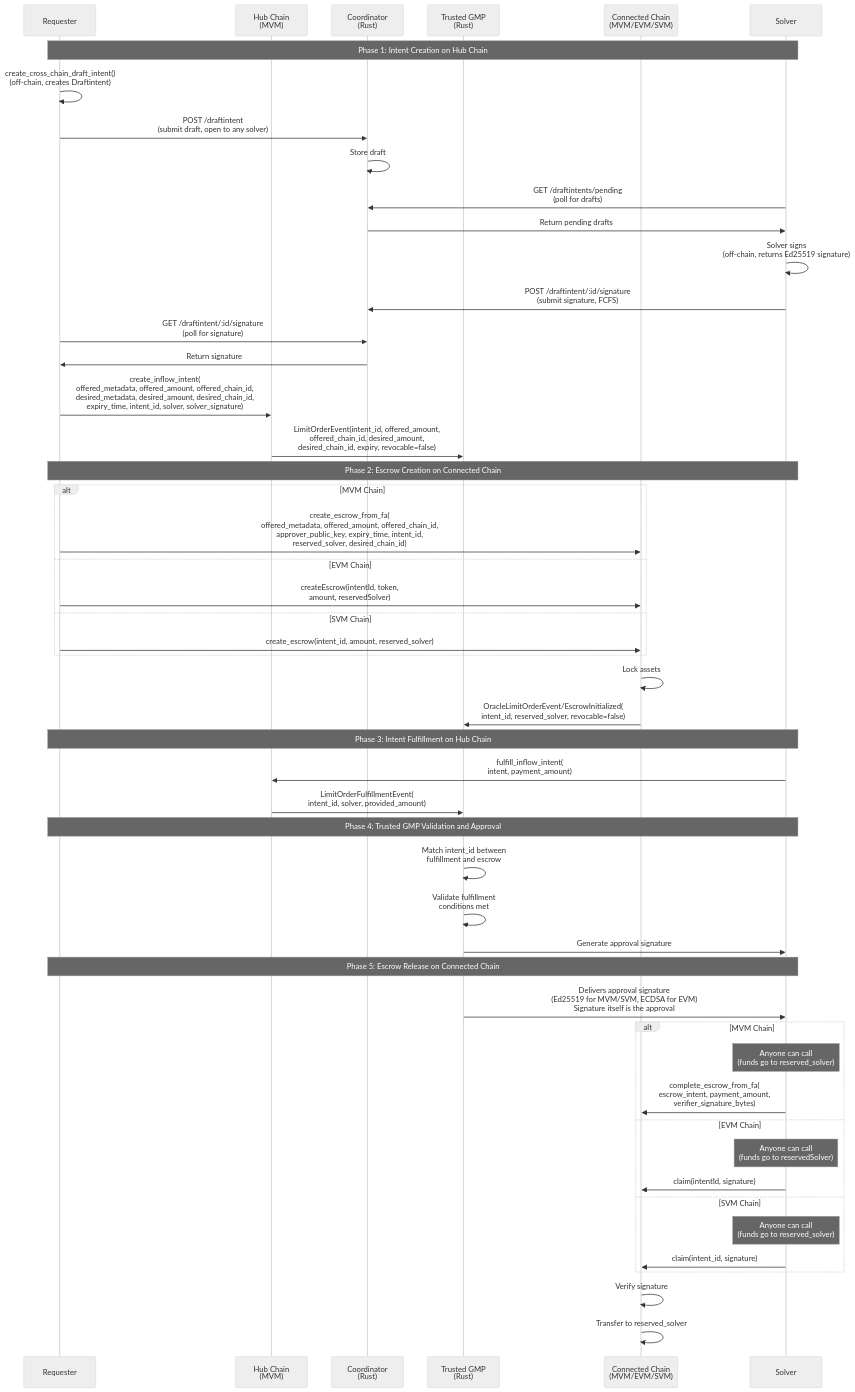
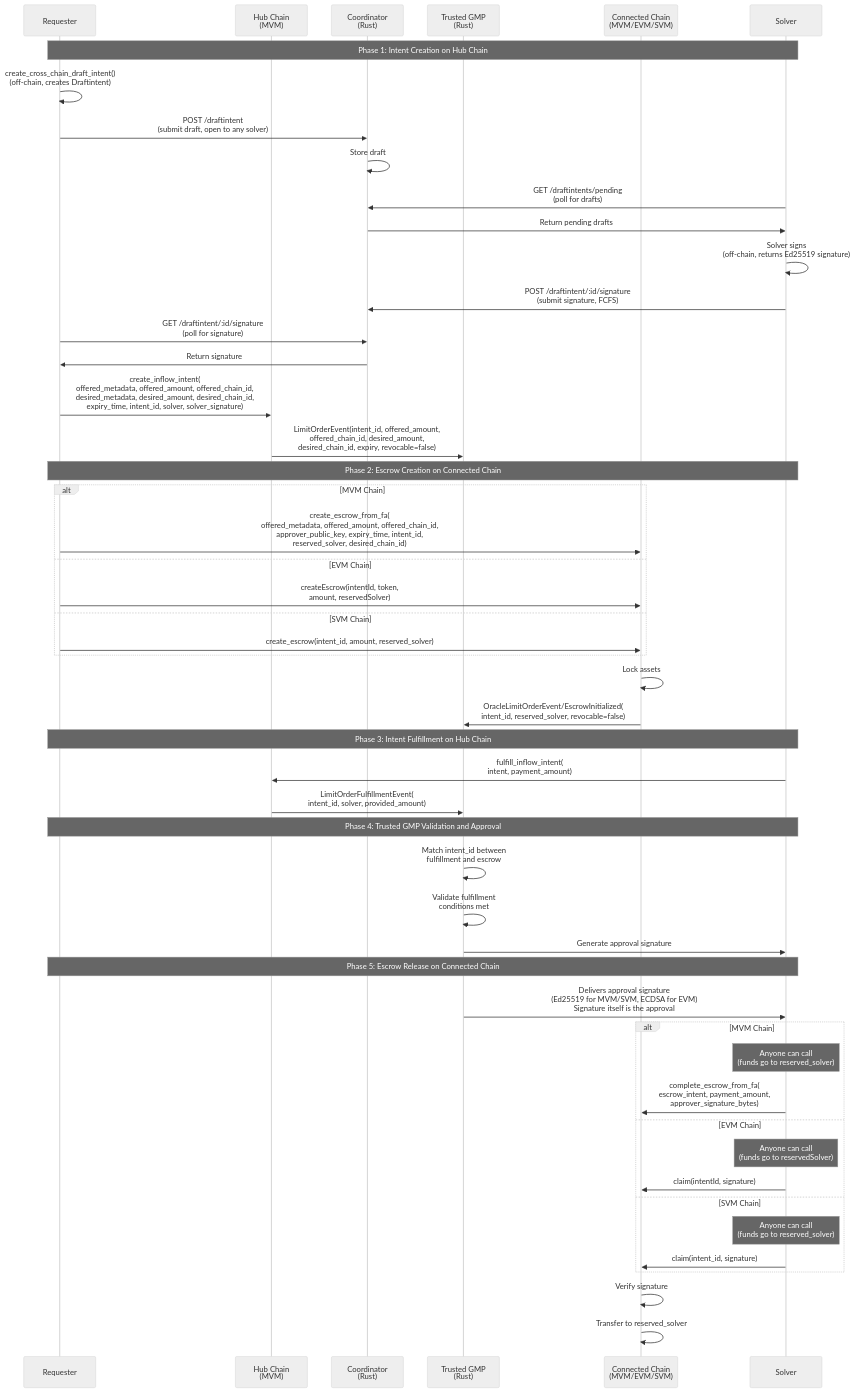
The first of 4 diagrams in docs/protocol.md (MoveIndustries/int3nts), drawn with Mermaid (neutral theme) before and after one commit. The commit also changed 17 other files, not shown here.

````diff
--- a/docs/protocol.md
+++ b/docs/protocol.md
@@ -29,57 +29,57 @@
 ```mermaid
 sequenceDiagram
     participant Requester
     participant Hub as Hub Chain<br/>(MVM)
     participant Coordinator as Coordinator<br/>(Rust)
     participant TrustedGMP as Trusted GMP<br/>(Rust)
     participant Connected as Connected Chain<br/>(MVM/EVM/SVM)
     participant Solver
 
     Note over Requester,Solver: Phase 1: Intent Creation on Hub Chain
     Requester->>Requester: create_cross_chain_draft_intent()<br/>(off-chain, creates Draftintent)
     Requester->>Coordinator: POST /draftintent<br/>(submit draft, open to any solver)
     Coordinator->>Coordinator: Store draft
     Solver->>Coordinator: GET /draftintents/pending<br/>(poll for drafts)
     Coordinator->>Solver: Return pending drafts
     Solver->>Solver: Solver signs<br/>(off-chain, returns Ed25519 signature)
     Solver->>Coordinator: POST /draftintent/:id/signature<br/>(submit signature, FCFS)
     Requester->>Coordinator: GET /draftintent/:id/signature<br/>(poll for signature)
     Coordinator->>Requester: Return signature
     Requester->>Hub: create_inflow_intent(<br/>offered_metadata, offered_amount, offered_chain_id,<br/>desired_metadata, desired_amount, desired_chain_id,<br/>expiry_time, intent_id, solver, solver_signature)
     Hub->>TrustedGMP: LimitOrderEvent(intent_id, offered_amount,<br/>offered_chain_id, desired_amount,<br/>desired_chain_id, expiry, revocable=false)
 
     Note over Requester,Solver: Phase 2: Escrow Creation on Connected Chain
     alt MVM Chain
         Requester->>Connected: create_escrow_from_fa(<br/>offered_metadata, offered_amount, offered_chain_id,<br/>approver_public_key, expiry_time, intent_id,<br/>reserved_solver, desired_chain_id)
     else EVM Chain
         Requester->>Connected: createEscrow(intentId, token,<br/>amount, reservedSolver)
     else SVM Chain
         Requester->>Connected: create_escrow(intent_id, amount, reserved_solver)
     end
     Connected->>Connected: Lock assets
     Connected->>TrustedGMP: OracleLimitOrderEvent/EscrowInitialized(<br/>intent_id, reserved_solver, revocable=false)
 
     Note over Requester,Solver: Phase 3: Intent Fulfillment on Hub Chain
     Solver->>Hub: fulfill_inflow_intent(<br/>intent, payment_amount)
     Hub->>TrustedGMP: LimitOrderFulfillmentEvent(<br/>intent_id, solver, provided_amount)
 
     Note over Requester,Solver: Phase 4: Trusted GMP Validation and Approval
     TrustedGMP->>TrustedGMP: Match intent_id between<br/>fulfillment and escrow
     TrustedGMP->>TrustedGMP: Validate fulfillment<br/>conditions met
     TrustedGMP->>Solver: Generate approval signature
 
     Note over Requester,Solver: Phase 5: Escrow Release on Connected Chain
     TrustedGMP->>Solver: Delivers approval signature<br/>(Ed25519 for MVM/SVM, ECDSA for EVM)<br/>Signature itself is the approval
     alt MVM Chain
         Note over Solver: Anyone can call<br/>(funds go to reserved_solver)
-        Solver->>Connected: complete_escrow_from_fa(<br/>escrow_intent, payment_amount,<br/>verifier_signature_bytes)
+        Solver->>Connected: complete_escrow_from_fa(<br/>escrow_intent, payment_amount,<br/>approver_signature_bytes)
     else EVM Chain
         Note over Solver: Anyone can call<br/>(funds go to reservedSolver)
         Solver->>Connected: claim(intentId, signature)
     else SVM Chain
         Note over Solver: Anyone can call<br/>(funds go to reserved_solver)
         Solver->>Connected: claim(intent_id, signature)
     end
     Connected->>Connected: Verify signature
     Connected->>Connected: Transfer to reserved_solver
 ```
````
